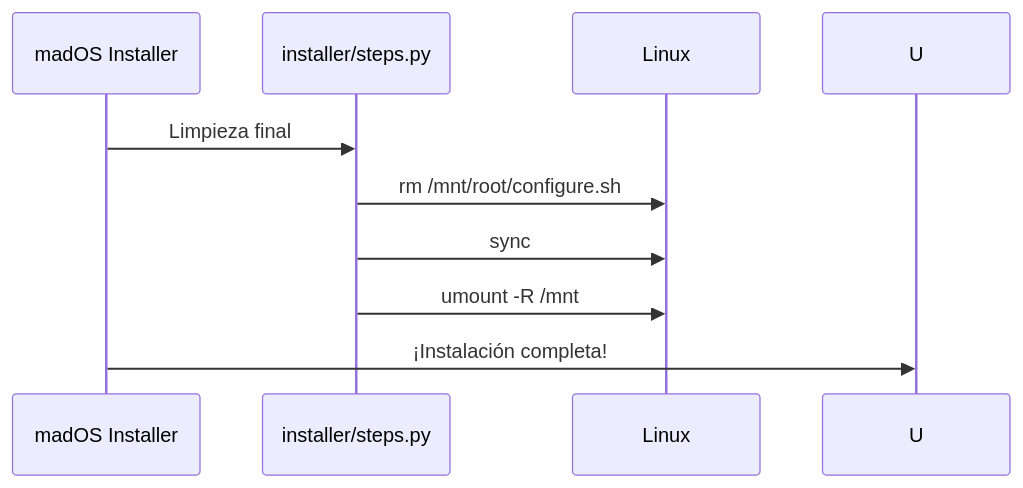
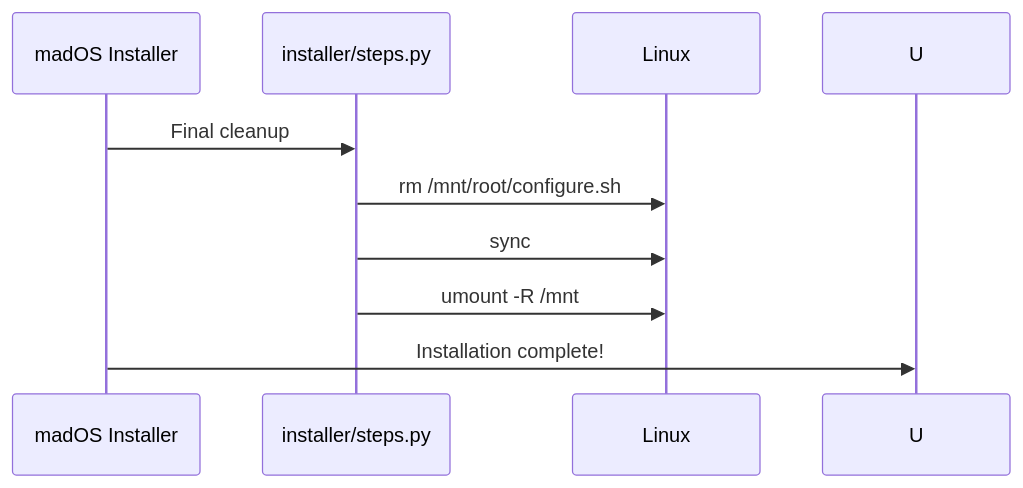
Before and after one commit to madoslinux/mados-installer: diagram 12 of 12 in INSTALLATION_FLOW.md, drawn with Mermaid. The commit also changed other lines of this file and 1 other file, not shown here.

````diff
--- a/INSTALLATION_FLOW.md
+++ b/INSTALLATION_FLOW.md
@@ -346,14 +346,14 @@
 ```mermaid
 sequenceDiagram
     participant App as madOS Installer
     participant Steps as installer/steps.py
     participant System as Linux
 
-    App->>Steps: Limpieza final
+    App->>Steps: Final cleanup
 
     Steps->>System: rm /mnt/root/configure.sh
     Steps->>System: sync
     Steps->>System: umount -R /mnt
 
-    App->>U: ¡Instalación completa!
+    App->>U: Installation complete!
 ```
````
